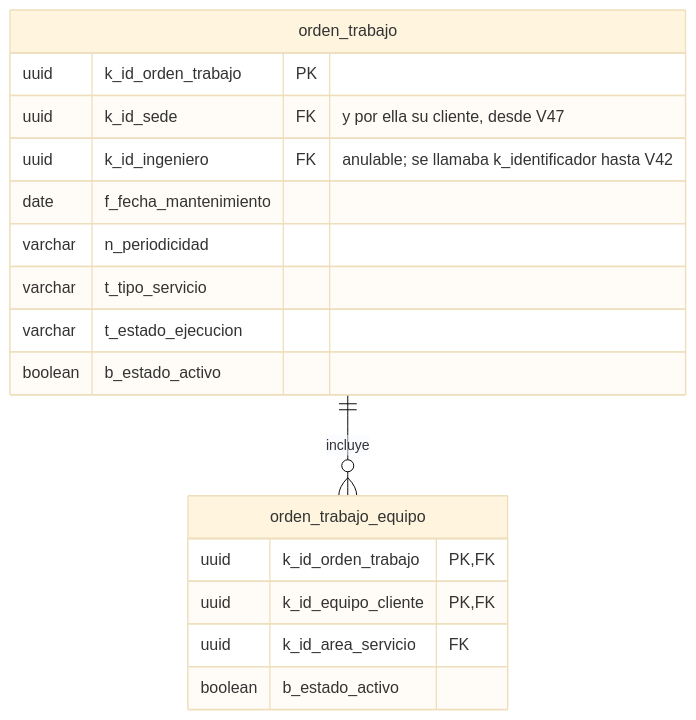
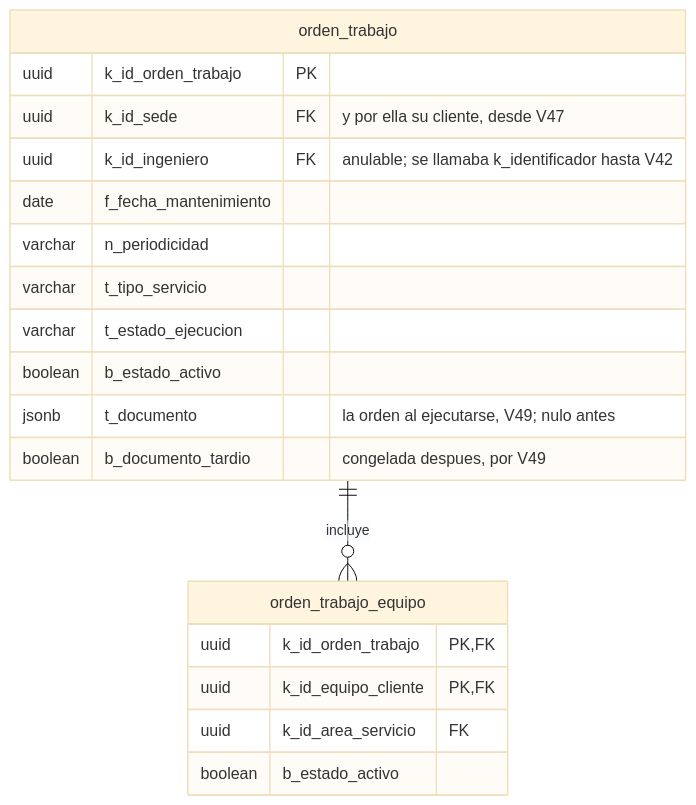
Diagram 11 of 12 in SecondBrain/wiki/base-de-datos/esquema-bd-malphasos.md (SeanBol222/MalphasOs), drawn with Mermaid (base theme) before and after one commit. The commit also changed other lines of this file and 13 other files, not shown here.

````diff
--- a/SecondBrain/wiki/base-de-datos/esquema-bd-malphasos.md
+++ b/SecondBrain/wiki/base-de-datos/esquema-bd-malphasos.md
@@ -707,20 +712,22 @@
 ```mermaid
 erDiagram
     orden_trabajo ||--o{ orden_trabajo_equipo : "incluye"
     orden_trabajo {
         uuid k_id_orden_trabajo PK
         uuid k_id_sede FK "y por ella su cliente, desde V47"
         uuid k_id_ingeniero FK "anulable; se llamaba k_identificador hasta V42"
         date f_fecha_mantenimiento
         varchar n_periodicidad
         varchar t_tipo_servicio
         varchar t_estado_ejecucion
         boolean b_estado_activo
+        jsonb t_documento "la orden al ejecutarse, V49; nulo antes"
+        boolean b_documento_tardio "congelada despues, por V49"
     }
     orden_trabajo_equipo {
         uuid k_id_orden_trabajo PK, FK
         uuid k_id_equipo_cliente PK, FK
         uuid k_id_area_servicio FK
         boolean b_estado_activo
     }
 ```
````
